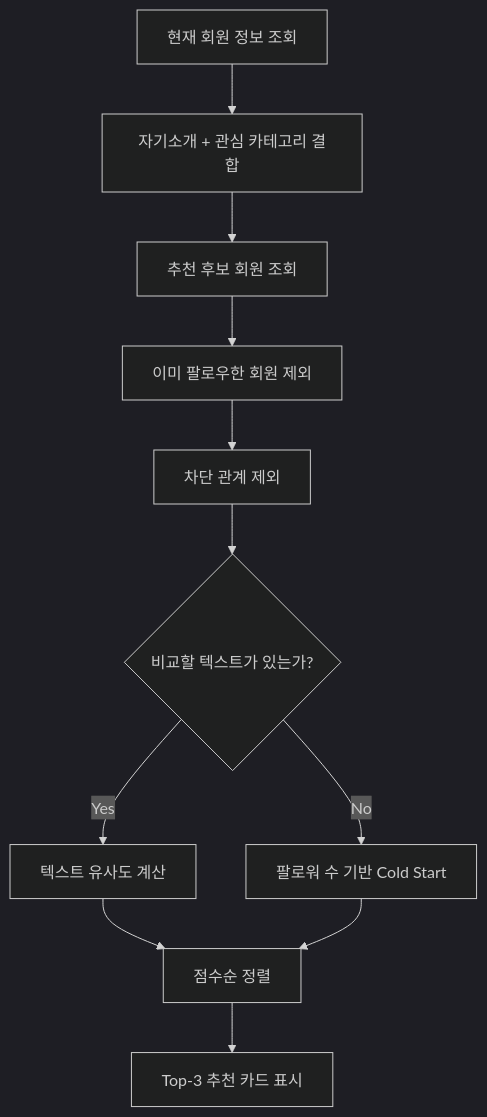
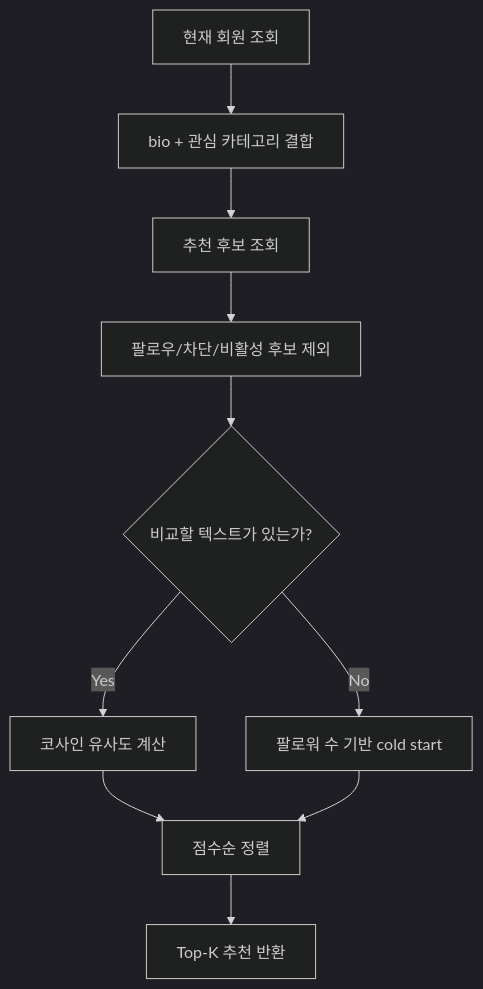
Before and after one commit to tomatosugarpickled/announcement-_ai: the third of 6 diagrams in README.md, drawn with Mermaid (dark theme). The commit also changed other lines of this file, not shown here.

````diff
--- a/README.md
+++ b/README.md
@@ -206,13 +241,12 @@
 ```mermaid
 flowchart TD
-    A["현재 회원 정보 조회"] --> B["자기소개 + 관심 카테고리 결합"]
-    B --> C["추천 후보 회원 조회"]
-    C --> D["이미 팔로우한 회원 제외"]
-    D --> E["차단 관계 제외"]
-    E --> F{"비교할 텍스트가 있는가?"}
-    F -- Yes --> G["텍스트 유사도 계산"]
-    F -- No --> H["팔로워 수 기반 Cold Start"]
-    G --> I["점수순 정렬"]
-    H --> I
-    I --> J["Top-3 추천 카드 표시"]
+    A["현재 회원 조회"] --> B["bio + 관심 카테고리 결합"]
+    B --> C["추천 후보 조회"]
+    C --> D["팔로우/차단/비활성 후보 제외"]
+    D --> E{"비교할 텍스트가 있는가?"}
+    E -- Yes --> F["코사인 유사도 계산"]
+    E -- No --> G["팔로워 수 기반 cold start"]
+    F --> H["점수순 정렬"]
+    G --> H
+    H --> I["Top-K 추천 반환"]
 ```
````
